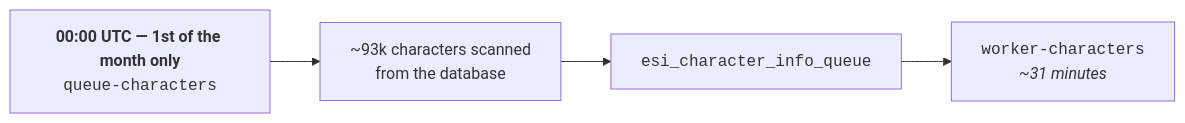
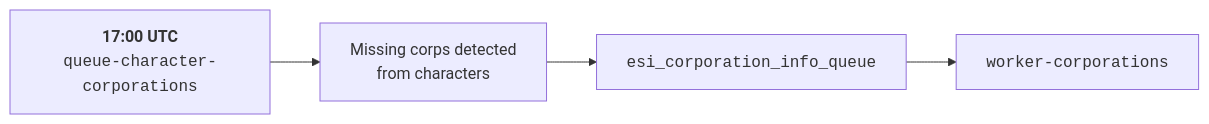
The fourth of 4 diagrams in backend/docs/ops/pm2.md (umutyerebakmaz/killreport), drawn with Mermaid before and after one commit. The commit also changed other lines of this file and 3 other files, not shown here.

````diff
--- a/backend/docs/ops/pm2.md
+++ b/backend/docs/ops/pm2.md
@@ -785,4 +784,4 @@
 ```mermaid
 flowchart LR
-    T["<b>00:00 UTC — 1st of the month only</b><br/><code>queue-characters</code>"] --> S["~93k characters scanned<br/>from the database"] --> Q["<code>esi_character_info_queue</code>"] --> W["<code>worker-characters</code><br/><i>~31 minutes</i>"]
+    T["<b>17:00 UTC</b><br/><code>queue-character-corporations</code>"] --> D["Missing corps detected<br/>from characters"] --> Q["<code>esi_corporation_info_queue</code>"] --> W["<code>worker-corporations</code>"]
 ```
````
